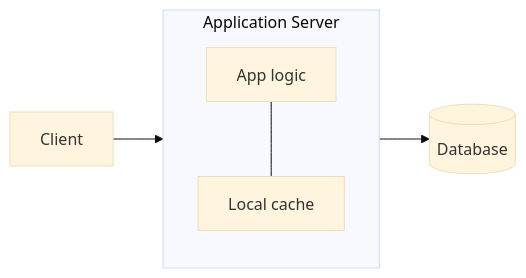
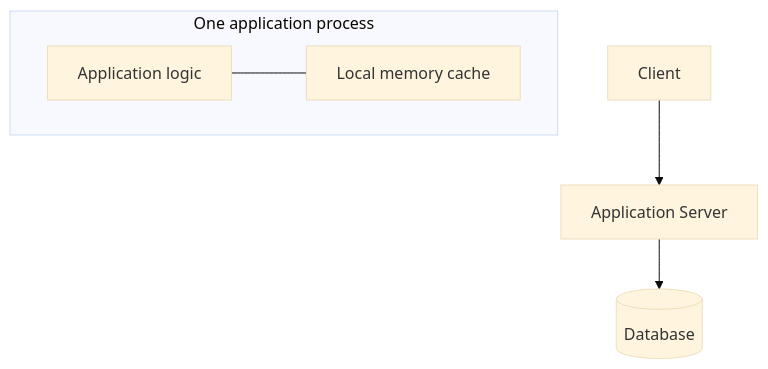
One commit to HARRISAMIN432/system-design-hld changed the fifth of 13 diagrams in 08_caching/README.md. Above: the diagram before and after it, drawn with Mermaid (base theme). The commit also changed other lines of this file and 11 other files, not shown here.

````diff
--- a/08_caching/README.md
+++ b/08_caching/README.md
@@ -125,10 +475,10 @@
 ```mermaid
-flowchart LR
-    Client --> App
-    subgraph App["Application Server"]
-        Logic["App logic"]
-        LC["Local cache"]
-        Logic --- LC
+flowchart TB
+    C["Client"] --> A["Application Server"]
+    subgraph APP["One application process"]
+        L["Application logic"]
+        K["Local memory cache"]
+        L --- K
     end
-    App --> DB[("Database")]
+    A --> D[("Database")]
 ```
````
